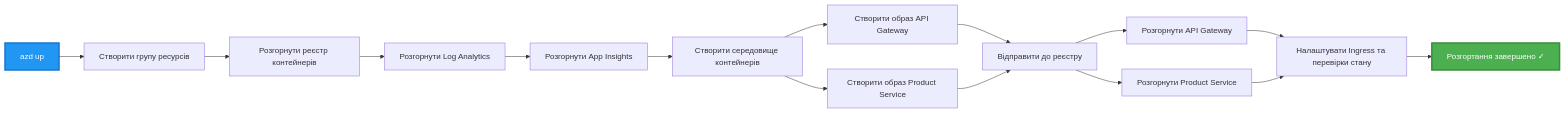
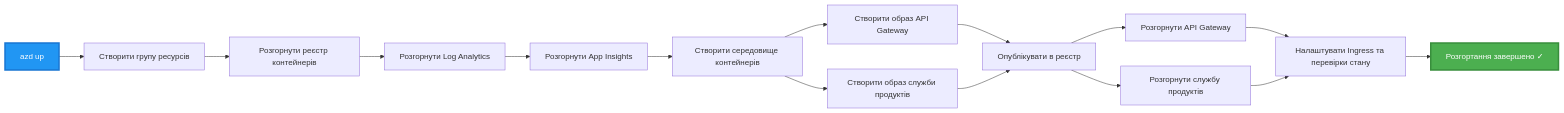
One commit to microsoft/AZD-for-beginners changed the third of 4 diagrams in translations/uk/examples/microservices/README.md. Above: the diagram before and after it, drawn with Mermaid. The commit also changed other lines of this file and 242 other files, not shown here.

````diff
--- a/translations/uk/examples/microservices/README.md
+++ b/translations/uk/examples/microservices/README.md
@@ -242,20 +233,20 @@
 ```mermaid
 graph LR
     A[azd up] --> B[Створити групу ресурсів]
     B --> C[Розгорнути реєстр контейнерів]
     C --> D[Розгорнути Log Analytics]
     D --> E[Розгорнути App Insights]
     E --> F[Створити середовище контейнерів]
     F --> G[Створити образ API Gateway]
-    F --> H[Створити образ Product Service]
-    G --> I[Відправити до реєстру]
+    F --> H[Створити образ служби продуктів]
+    G --> I[Опублікувати в реєстр]
     H --> I
     I --> J[Розгорнути API Gateway]
-    I --> K[Розгорнути Product Service]
+    I --> K[Розгорнути службу продуктів]
     J --> L[Налаштувати Ingress та перевірки стану]
     K --> L
     L --> M[Розгортання завершено ✓]
     
     style A fill:#2196F3,stroke:#1976D2,stroke-width:3px,color:#fff
     style M fill:#4CAF50,stroke:#388E3C,stroke-width:3px,color:#fff
-```
+```  
````
